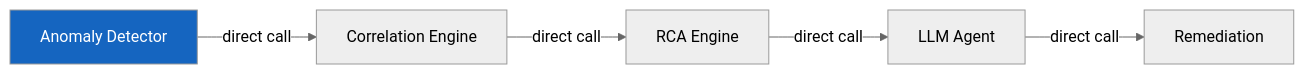
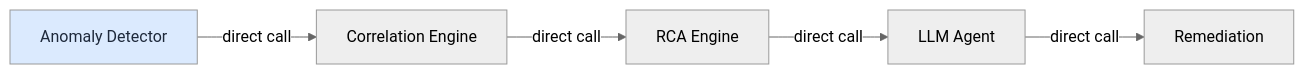
One commit to XUanhoa04/aiops-engineering-handbook changed the first of 10 diagrams in docs/en/07-kafka/README.md. Above: the diagram before and after it, drawn with Mermaid (neutral theme). The commit also changed other lines of this file and 39 other files, not shown here.

First line of the commit message:
docs: concept-first Ch.08-12, collapse code, soft Mermaid colors

````diff
--- a/docs/en/07-kafka/README.md
+++ b/docs/en/07-kafka/README.md
@@ -80,9 +80,9 @@
 ```mermaid
 graph LR
     AD[Anomaly Detector] -->|direct call| CORR[Correlation Engine]
     CORR -->|direct call| RCA[RCA Engine]
     RCA -->|direct call| LLM[LLM Agent]
     LLM -->|direct call| REM[Remediation]
 
-    style AD fill:#1565c0,color:#fff
+    style AD fill:#dbeafe,color:#1e293b
 ```
````
